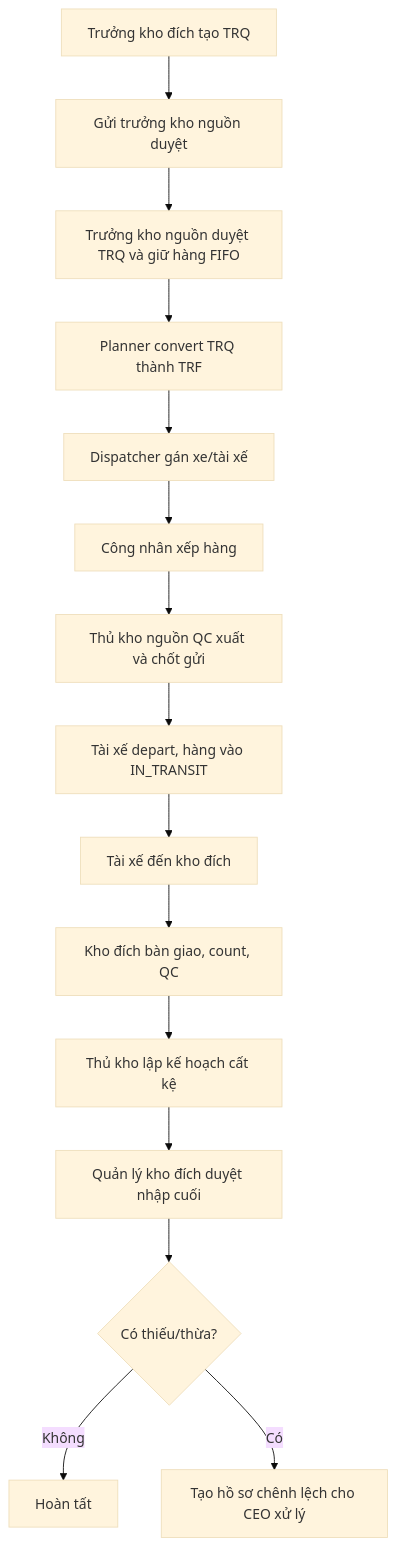
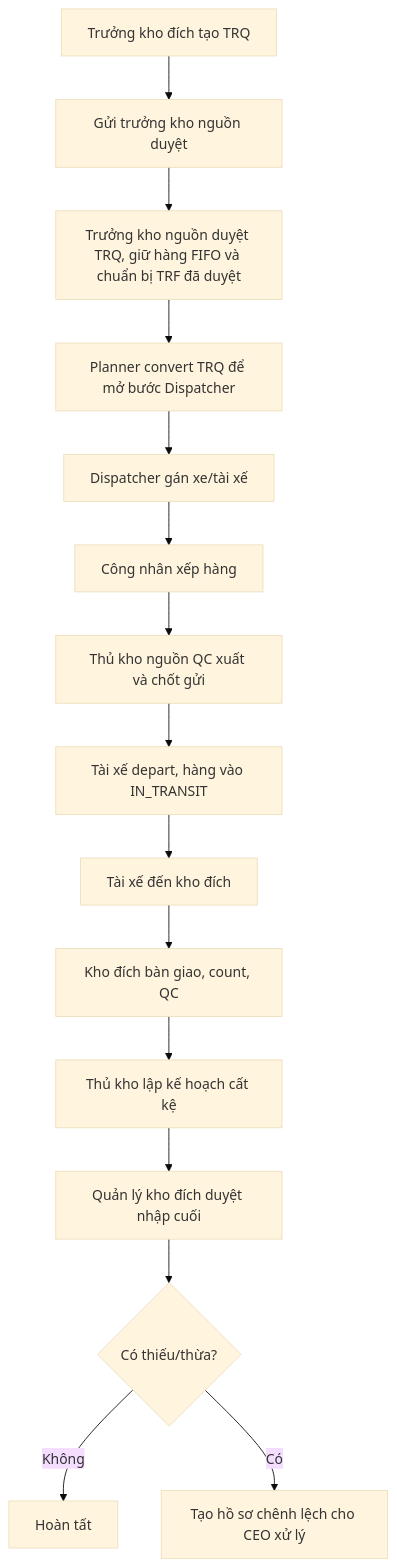
One commit to Manager-warehouse/Manager-warehouse-sdd changed the first of 2 diagrams in feat-flow/inter-warehouse-transfer-flow.md. Above: the diagram before and after it, drawn with Mermaid (base theme). The commit also changed other lines of this file, not shown here.

Commit message:
docs(warehouse-transfer): align feat flow with current transfer code

````diff
--- a/feat-flow/inter-warehouse-transfer-flow.md
+++ b/feat-flow/inter-warehouse-transfer-flow.md
@@ -20,17 +20,17 @@
 ```mermaid
 flowchart TD
     A[Trưởng kho đích tạo TRQ] --> B[Gửi trưởng kho nguồn duyệt]
-    B --> C[Trưởng kho nguồn duyệt TRQ và giữ hàng FIFO]
-    C --> D[Planner convert TRQ thành TRF]
+    B --> C[Trưởng kho nguồn duyệt TRQ, giữ hàng FIFO và chuẩn bị TRF đã duyệt]
+    C --> D[Planner convert TRQ để mở bước Dispatcher]
     D --> F[Dispatcher gán xe/tài xế]
     F --> G[Công nhân xếp hàng]
     G --> H[Thủ kho nguồn QC xuất và chốt gửi]
     H --> I[Tài xế depart, hàng vào IN_TRANSIT]
     I --> J[Tài xế đến kho đích]
     J --> K[Kho đích bàn giao, count, QC]
     K --> L[Thủ kho lập kế hoạch cất kệ]
     L --> M[Quản lý kho đích duyệt nhập cuối]
     M --> N{Có thiếu/thừa?}
     N -->|Không| O[Hoàn tất]
     N -->|Có| P[Tạo hồ sơ chênh lệch cho CEO xử lý]
 ```
````
